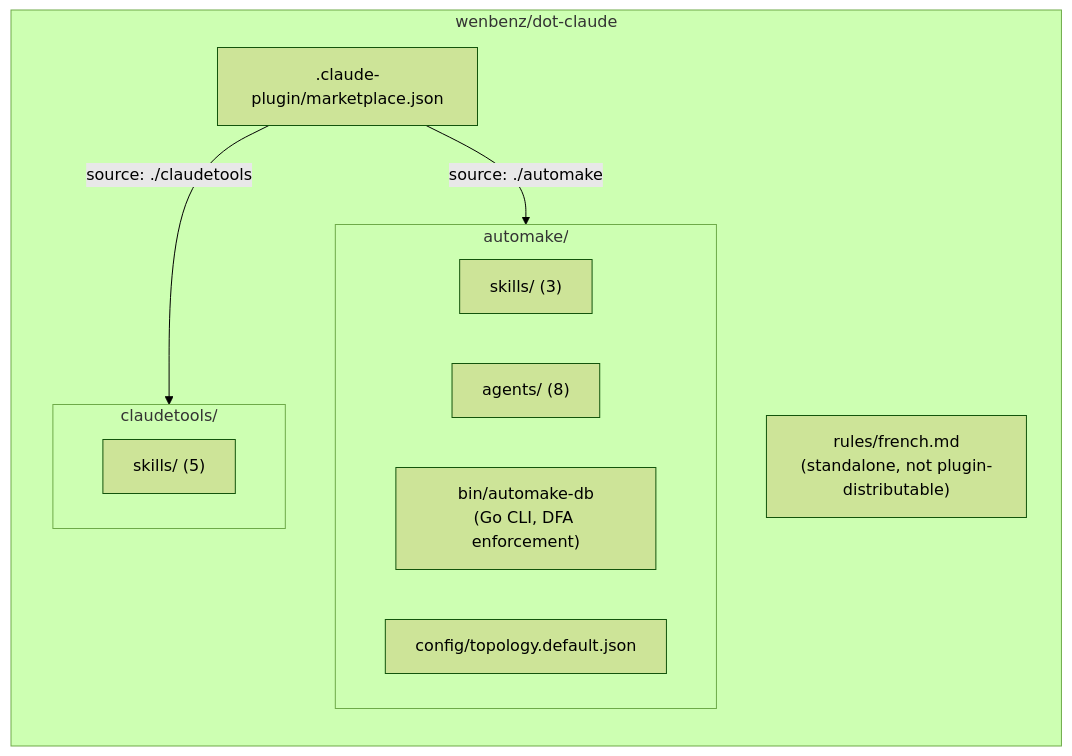
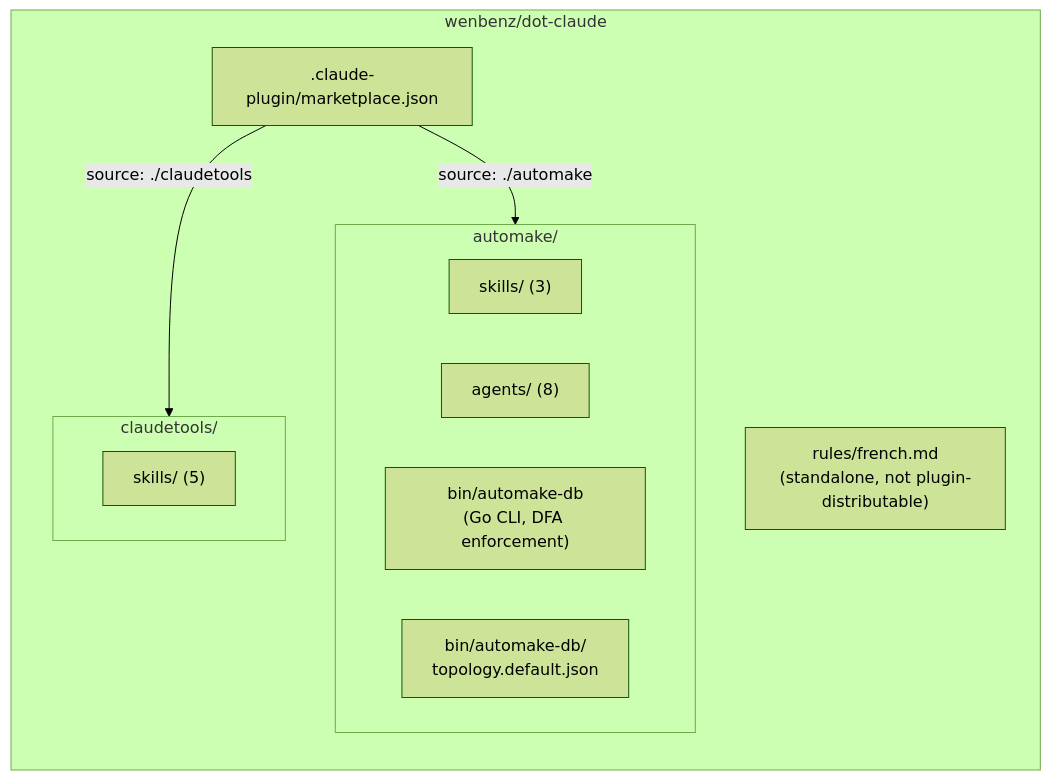
One commit to wenbenz/dot-claude changed the diagram in docs/CODEBASE.md. Above: the diagram before and after it, drawn with Mermaid (forest theme). The commit also changed other lines of this file and 8 other files, not shown here.

````diff
--- a/docs/CODEBASE.md
+++ b/docs/CODEBASE.md
@@ -11,18 +11,18 @@
 ```mermaid
 flowchart LR
     subgraph repo["wenbenz/dot-claude"]
         mkt[".claude-plugin/marketplace.json"]
         subgraph automake["automake/"]
             am_skills["skills/ (3)"]
             am_agents["agents/ (8)"]
             am_bin["bin/automake-db<br/>(Go CLI, DFA enforcement)"]
-            am_config["config/topology.default.json"]
+            am_config["bin/automake-db/<br/>topology.default.json"]
         end
         subgraph claudetools["claudetools/"]
             ct_skills["skills/ (5)"]
         end
         rules["rules/french.md<br/>(standalone, not plugin-distributable)"]
     end
     mkt -->|source: ./automake| automake
     mkt -->|source: ./claudetools| claudetools
 ```
````
